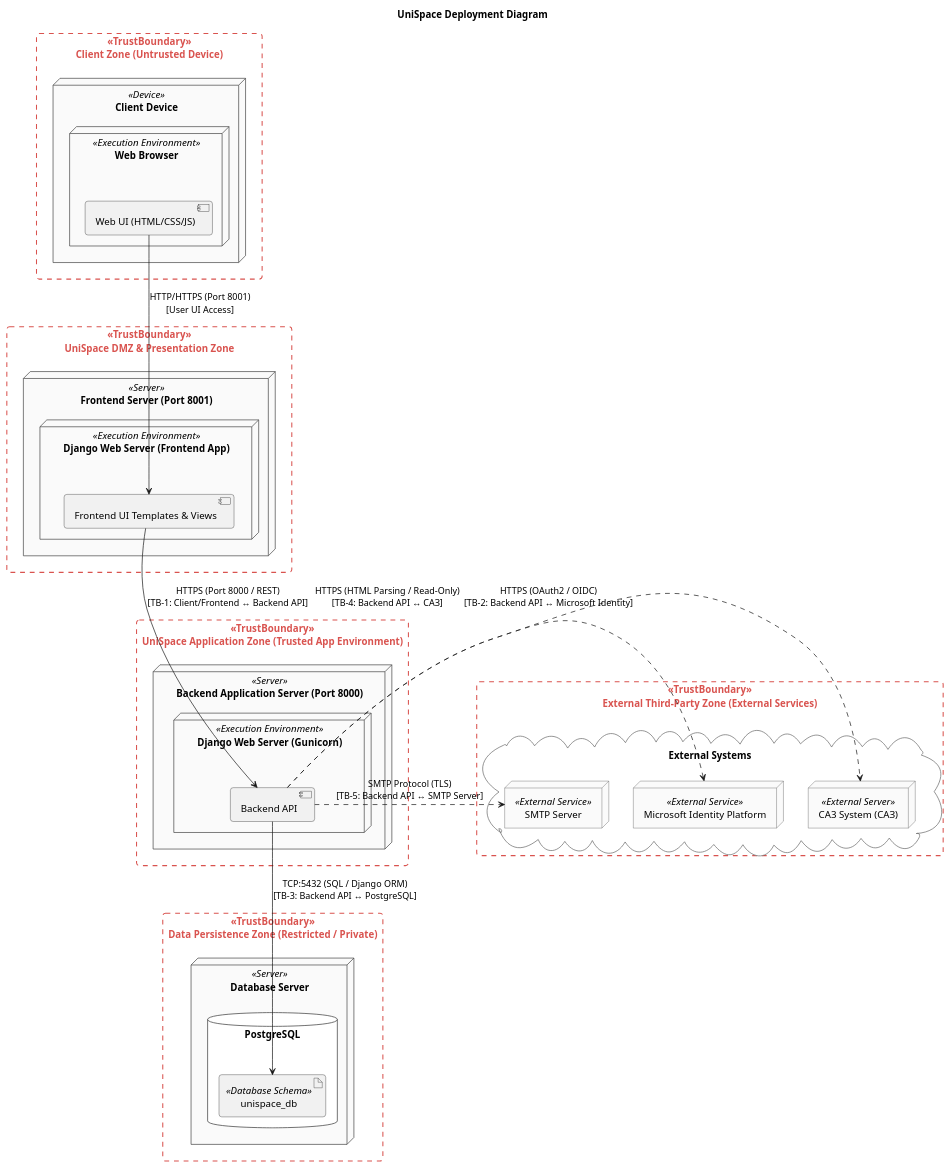
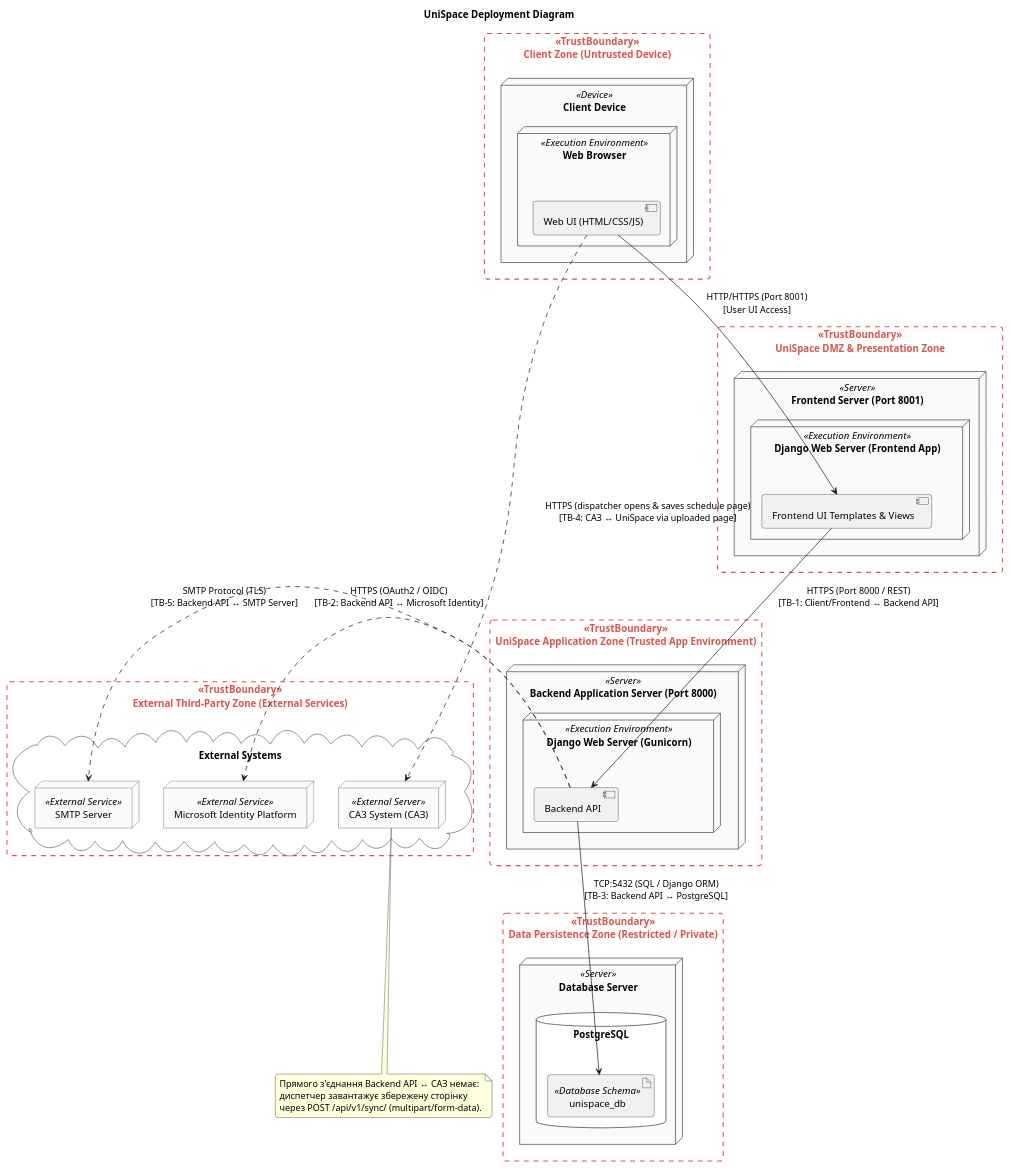
One commit to ukma-fin-ssdm-2026/unispace changed the diagram in docs/architecture/uml/deployment_diagram.puml. Above: the diagram before and after it, drawn with PlantUML. The commit also changed 9 other files, not shown here.

Commit message:
docs: describe SAZ import as manual page upload instead of automatic sync

```diff
--- a/docs/architecture/uml/deployment_diagram.puml
+++ b/docs/architecture/uml/deployment_diagram.puml
@@ -1,75 +1,80 @@
 @startuml
 title UniSpace Deployment Diagram
 
 skinparam roundCorner 8
 skinparam node {
     BackgroundColor #FAFAFA
     BorderColor #444444
 }
 skinparam database {
     BackgroundColor #FFFFFF
     BorderColor #333333
 }
 skinparam cloud {
     BackgroundColor #FFFFFF
     BorderColor #666666
 }
 
 skinparam rectangle<<TrustBoundary>> {
     BorderStyle dashed
     BorderColor #D9534F
     BorderThickness 1.5
     BackgroundColor transparent
     FontColor #D9534F
     FontStyle bold
 }
 
 rectangle "Client Zone (Untrusted Device)" <<TrustBoundary>> {
     node "Client Device" <<Device>> {
         node "Web Browser" <<Execution Environment>> {
             component "Web UI (HTML/CSS/JS)" as BrowserUI
         }
     }
 }
 
 rectangle "UniSpace DMZ & Presentation Zone" <<TrustBoundary>> {
     node "Frontend Server (Port 8001)" <<Server>> {
         node "Django Web Server (Frontend App)" <<Execution Environment>> {
             component "Frontend UI Templates & Views" as FrontendApp
         }
     }
 }
 
 rectangle "UniSpace Application Zone (Trusted App Environment)" <<TrustBoundary>> {
     node "Backend Application Server (Port 8000)" <<Server>> {
         node "Django Web Server (Gunicorn)" <<Execution Environment>> {
             component "Backend API" as BackendAPI
         }
     }
 }
 
 rectangle "Data Persistence Zone (Restricted / Private)" <<TrustBoundary>> {
     node "Database Server" <<Server>> {
         database "PostgreSQL" {
             artifact "unispace_db" <<Database Schema>> as DB
         }
     }
 }
 
 rectangle "External Third-Party Zone (External Services)" <<TrustBoundary>> {
     cloud "External Systems" {
         node "CA3 System (САЗ)" <<External Server>> as CA3
         node "Microsoft Identity Platform" <<External Service>> as MS_Auth
         node "SMTP Server" <<External Service>> as SMTP
     }
 }
 
 BrowserUI -down-> FrontendApp : HTTP/HTTPS (Port 8001)\n[User UI Access]
 FrontendApp -down-> BackendAPI : HTTPS (Port 8000 / REST)\n[TB-1: Client/Frontend ↔ Backend API]
 
 BackendAPI -down-> DB : TCP:5432 (SQL / Django ORM)\n[TB-3: Backend API ↔ PostgreSQL]
 
-BackendAPI .right.> CA3 : HTTPS (HTML Parsing / Read-Only)\n[TB-4: Backend API ↔ САЗ]
+BrowserUI .right.> CA3 : HTTPS (dispatcher opens & saves schedule page)\n[TB-4: САЗ ↔ UniSpace via uploaded page]
+note bottom of CA3
+  Прямого з'єднання Backend API ↔ САЗ немає:
+  диспетчер завантажує збережену сторінку
+  через POST /api/v1/sync/ (multipart/form-data).
+end note
 BackendAPI .right.> MS_Auth : HTTPS (OAuth2 / OIDC)\n[TB-2: Backend API ↔ Microsoft Identity]
 BackendAPI .right.> SMTP : SMTP Protocol (TLS)\n[TB-5: Backend API ↔ SMTP Server]
 @enduml
```
